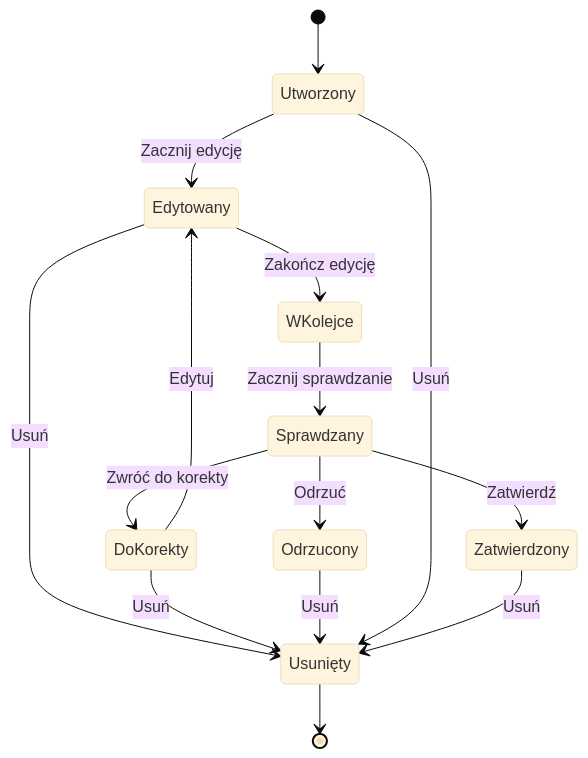
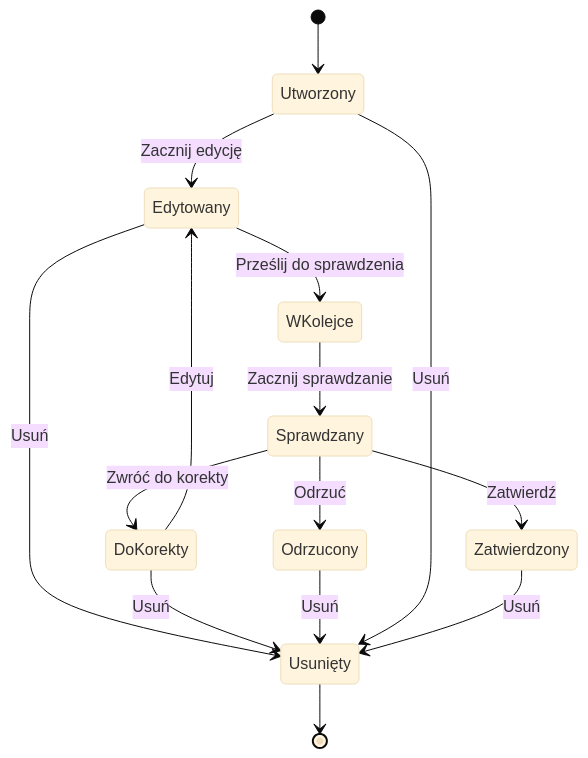
One commit to kasardis/iocado changed the diagram in docs/diagramStanow.md. Above: the diagram before and after it, drawn with Mermaid (base theme). The commit also changed other lines of this file, not shown here.

````diff
--- a/docs/diagramStanow.md
+++ b/docs/diagramStanow.md
@@ -3,24 +3,24 @@
 ```mermaid
 stateDiagram-v2
         [*] --> Utworzony
         Utworzony --> Edytowany : Zacznij edycję
         WKolejce --> Sprawdzany : Zacznij sprawdzanie
 
-        Edytowany --> WKolejce : Zakończ edycję
+        Edytowany --> WKolejce : Prześlij do sprawdzenia
         Edytowany --> Usunięty : Usuń
 
         DoKorekty --> Edytowany : Edytuj
         DoKorekty --> Usunięty : Usuń
 
         Odrzucony --> Usunięty : Usuń 
 
         Utworzony --> Usunięty : Usuń
 
         Zatwierdzony --> Usunięty : Usuń
         
         Sprawdzany --> Odrzucony : Odrzuć
         Sprawdzany --> DoKorekty : Zwróć do korekty
         Sprawdzany --> Zatwierdzony : Zatwierdź
 
         Usunięty --> [*]
 ```
````
